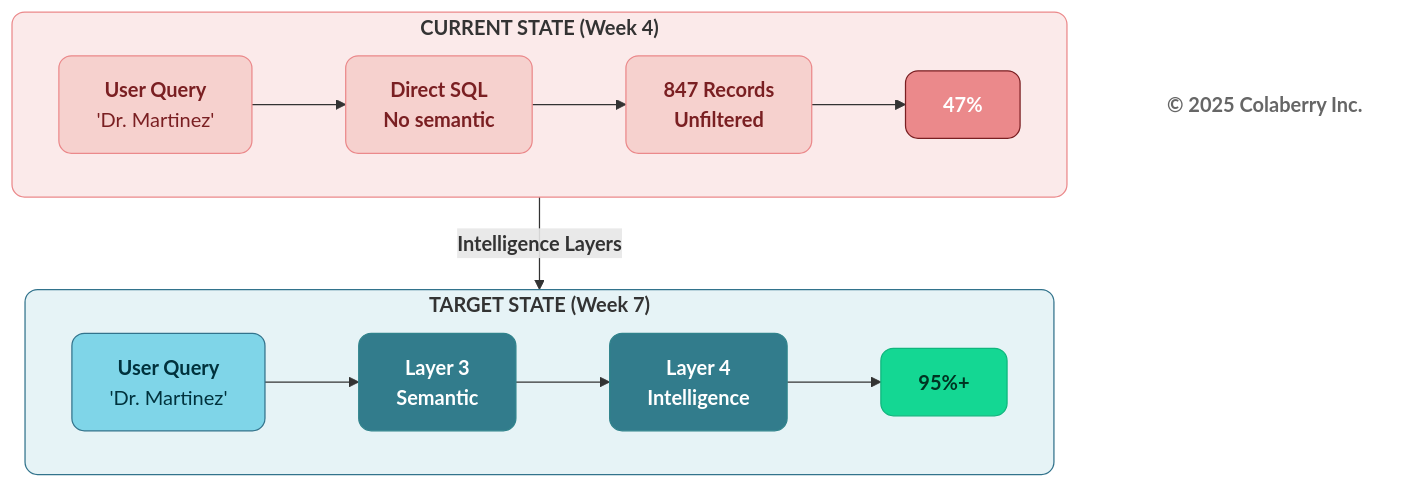
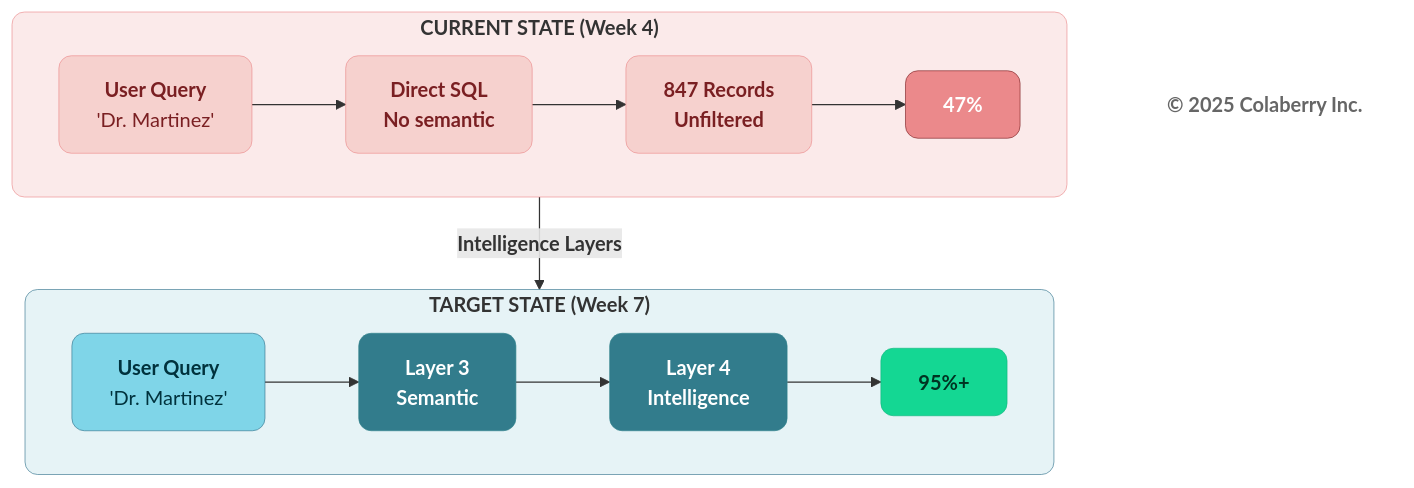
Before and after one commit to saitejesh-cyber/trust-before-intelligence-book: the fourth of 13 diagrams in manuscript/06_chapter_5_intelligence_layers.md, drawn with Mermaid. The commit also changed other lines of this file and 12 other files, not shown here.

Commit message:
Update stroke width to 0.5px instead of 1px to all the diagrams

````diff
--- a/manuscript/06_chapter_5_intelligence_layers.md
+++ b/manuscript/06_chapter_5_intelligence_layers.md
@@ -258,30 +258,30 @@
 ```mermaid
 graph TB
     subgraph CURRENT["<b>CURRENT STATE (Week 4)</b>"]
         direction LR
         C_Q["<b>User Query</b><br/>'Dr. Martinez'"] --> C_SQL["<b>Direct SQL</b><br/><b>No semantic</b>"] --> C_RES["<b>847 Records</b><br/><b>Unfiltered</b>"] --> C_FAIL["<b>47%</b>"]
     end
     
     CURRENT -->|<b>Intelligence Layers</b>| TARGET
     
     subgraph TARGET["<b>TARGET STATE (Week 7)</b>"]
         direction LR
         T_Q["<b>User Query</b><br/>'Dr. Martinez'"] --> T_SEM["<b>Layer 3</b><br/><b>Semantic</b>"] --> T_RAG["<b>Layer 4</b><br/><b>Intelligence</b>"] --> T_WIN["<b>95%+</b>"]
     end
     
     Copyright["<b>© 2025 Colaberry Inc.</b>"]
     
-    style CURRENT fill:#FBEAEA,stroke:#EB898B,stroke-width:1px,rx:10,ry:10
-    style C_Q fill:#F6D1CE,stroke:#EB898B,stroke-width:1px,color:#7A1F22,rx:10,ry:10
-    style C_SQL fill:#F6D1CE,stroke:#EB898B,stroke-width:1px,color:#7A1F22,rx:10,ry:10
-    style C_RES fill:#F6D1CE,stroke:#EB898B,stroke-width:1px,color:#7A1F22,rx:10,ry:10
-    style C_FAIL fill:#EB898B,stroke:#7A1F22,stroke-width:1px,color:#ffffff,rx:10,ry:10
+    style CURRENT fill:#FBEAEA,stroke:#EB898B,stroke-width:0.5px,rx:10,ry:10
+    style C_Q fill:#F6D1CE,stroke:#EB898B,stroke-width:0.5px,color:#7A1F22,rx:10,ry:10
+    style C_SQL fill:#F6D1CE,stroke:#EB898B,stroke-width:0.5px,color:#7A1F22,rx:10,ry:10
+    style C_RES fill:#F6D1CE,stroke:#EB898B,stroke-width:0.5px,color:#7A1F22,rx:10,ry:10
+    style C_FAIL fill:#EB898B,stroke:#7A1F22,stroke-width:0.5px,color:#ffffff,rx:10,ry:10
     
-    style TARGET fill:#E6F3F6,stroke:#32738C,stroke-width:1px,rx:10,ry:10
-    style T_Q fill:#7FD5E8,stroke:#32738C,stroke-width:1px,color:#00323D,rx:10,ry:10
-    style T_SEM fill:#327C8C,stroke:#30838C,stroke-width:1px,color:#ffffff,rx:10,ry:10
-    style T_RAG fill:#327C8C,stroke:#30838C,stroke-width:1px,color:#ffffff,rx:10,ry:10
-    style T_WIN fill:#14D793,stroke:#0FB67D,stroke-width:1px,color:#003322,rx:10,ry:10
+    style TARGET fill:#E6F3F6,stroke:#32738C,stroke-width:0.5px,rx:10,ry:10
+    style T_Q fill:#7FD5E8,stroke:#32738C,stroke-width:0.5px,color:#00323D,rx:10,ry:10
+    style T_SEM fill:#327C8C,stroke:#30838C,stroke-width:0.5px,color:#ffffff,rx:10,ry:10
+    style T_RAG fill:#327C8C,stroke:#30838C,stroke-width:0.5px,color:#ffffff,rx:10,ry:10
+    style T_WIN fill:#14D793,stroke:#0FB67D,stroke-width:0.5px,color:#003322,rx:10,ry:10
     
     style Copyright fill:none,stroke:none,color:#666666
 ```
````
